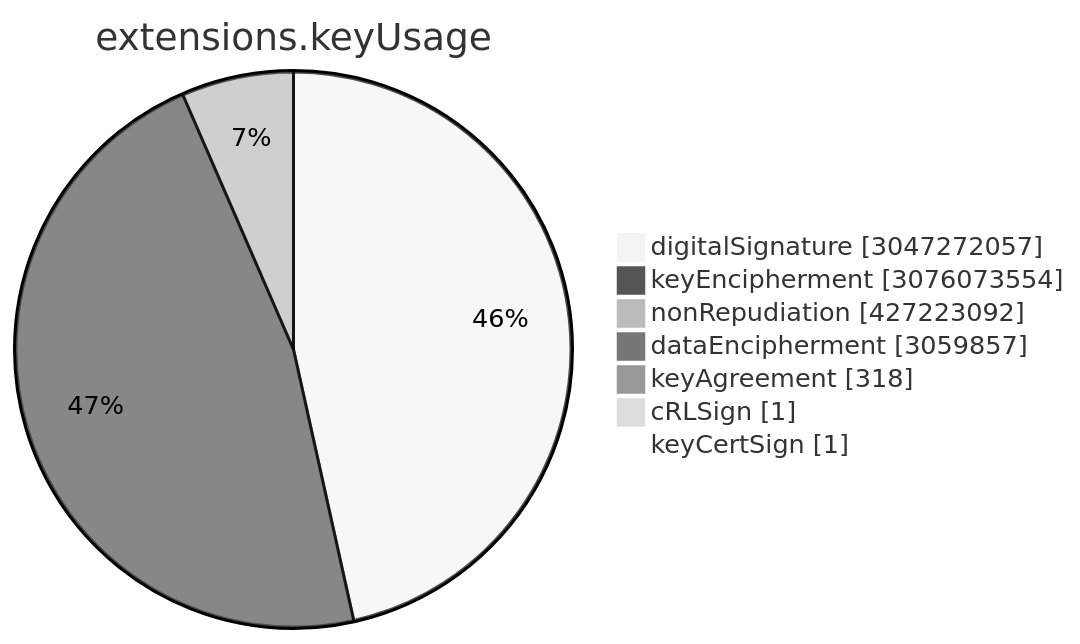
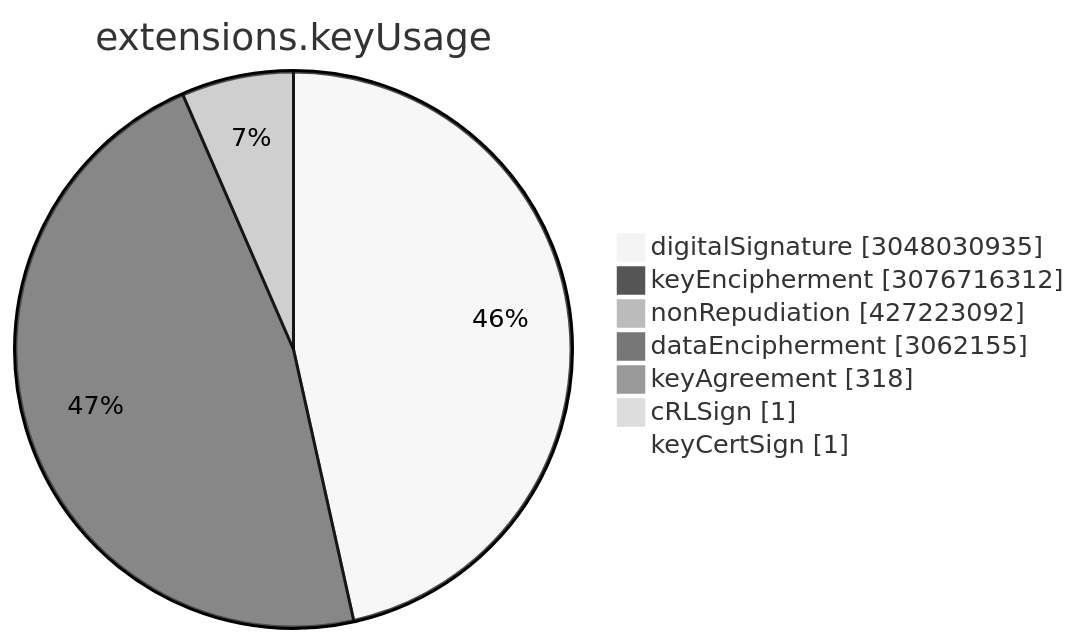
The sixth of 15 diagrams in TOTAL/README.md (christiankrug/ctmonitor_visualization), drawn with Mermaid (neutral theme) before and after one commit. The commit also changed other lines of this file, not shown here.

````diff
--- a/TOTAL/README.md
+++ b/TOTAL/README.md
@@ -3075,11 +3075,11 @@
 ```mermaid
 pie showData
 title extensions.keyUsage
-"digitalSignature" :3047272057
-"keyEncipherment" :3076073554
+"digitalSignature" :3048030935
+"keyEncipherment" :3076716312
 "nonRepudiation" :427223092
-"dataEncipherment" :3059857
+"dataEncipherment" :3062155
 "keyAgreement" :318
 "cRLSign" :1
 "keyCertSign" :1
 ```
````
